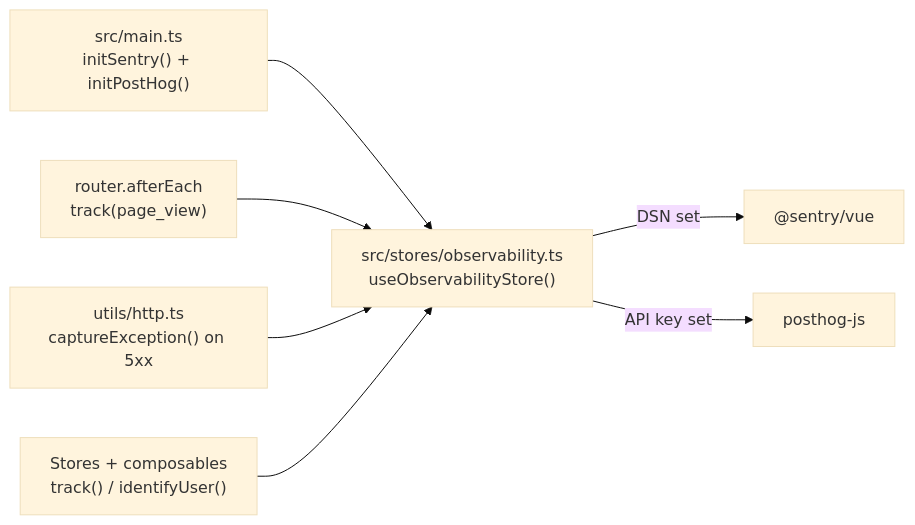
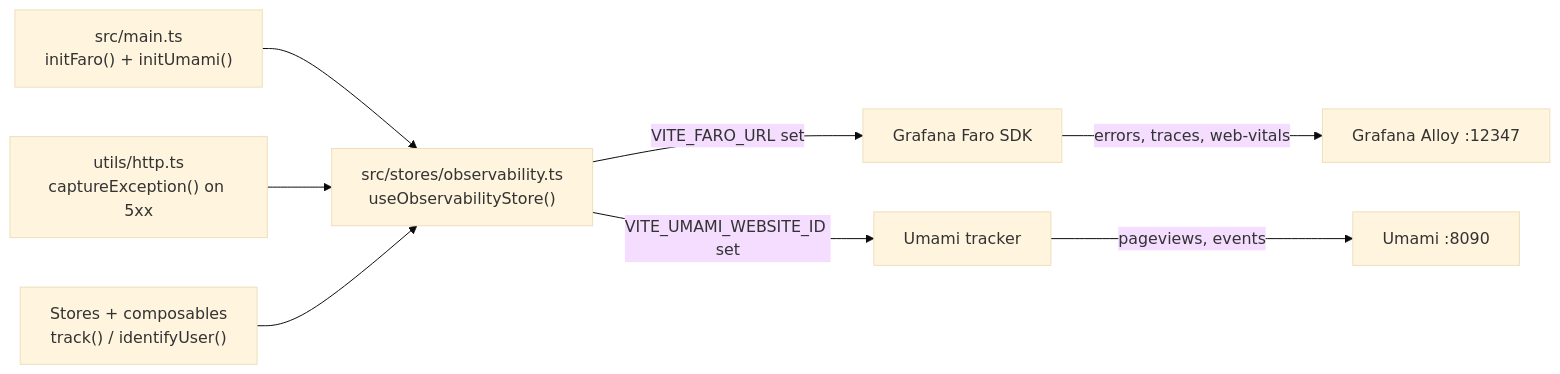
One commit to Guebbit/boilerplate-vue-frontend changed the diagram in docs/tools/observability.md. Above: the diagram before and after it, drawn with Mermaid (base theme). The commit also changed other lines of this file and 99 other files, not shown here.

````diff
--- a/docs/tools/observability.md
+++ b/docs/tools/observability.md
@@ -14,16 +16,16 @@
 ```mermaid
 %%{init: {'flowchart': {'nodeSpacing': 50, 'rankSpacing': 65}}}%%
 flowchart LR
-    Main["src/main.ts\ninitSentry() + initPostHog()"]
+    Main["src/main.ts\ninitFaro() + initUmami()"]
     Store["src/stores/observability.ts\nuseObservabilityStore()"]
-    Router["router.afterEach\ntrack(page_view)"]
     HTTP["utils/http.ts\ncaptureException() on 5xx"]
     Components["Stores + composables\ntrack() / identifyUser()"]
 
     Main --> Store
-    Router --> Store
     HTTP --> Store
     Components --> Store
-    Store -->|DSN set| Sentry["@sentry/vue"]
-    Store -->|API key set| PostHog["posthog-js"]
+    Store -->|VITE_FARO_URL set| Faro["Grafana Faro SDK"]
+    Store -->|VITE_UMAMI_WEBSITE_ID set| Umami["Umami tracker"]
+    Faro -->|errors, traces, web-vitals| Alloy["Grafana Alloy :12347"]
+    Umami -->|pageviews, events| UmamiServer["Umami :8090"]
 ```
````
